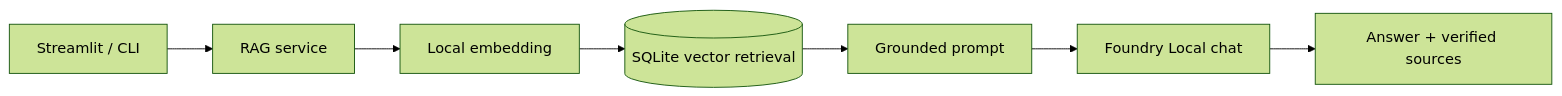
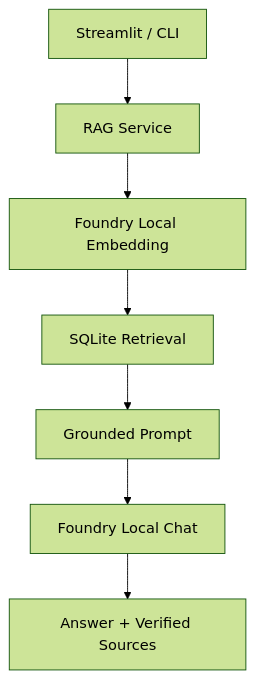
One commit to beyzatasgin/RAG changed the diagram in README.md. Above: the diagram before and after it, drawn with Mermaid (forest theme). The commit also changed other lines of this file, not shown here.

````diff
--- a/README.md
+++ b/README.md
@@ -231,9 +96,9 @@
 ```mermaid
-flowchart LR
-    UI[Streamlit / CLI] --> RAG[RAG service]
-    RAG --> E[Local embedding]
-    E --> S[(SQLite vector retrieval)]
-    S --> P[Grounded prompt]
-    P --> L[Foundry Local chat]
-    L --> A[Answer + verified sources]
+flowchart TD
+    UI["Streamlit / CLI"] --> RAG["RAG Service"]
+    RAG --> EMB["Foundry Local Embedding"]
+    EMB --> DB["SQLite Retrieval"]
+    DB --> PROMPT["Grounded Prompt"]
+    PROMPT --> LLM["Foundry Local Chat"]
+    LLM --> ANSWER["Answer + Verified Sources"]
 ```
````
